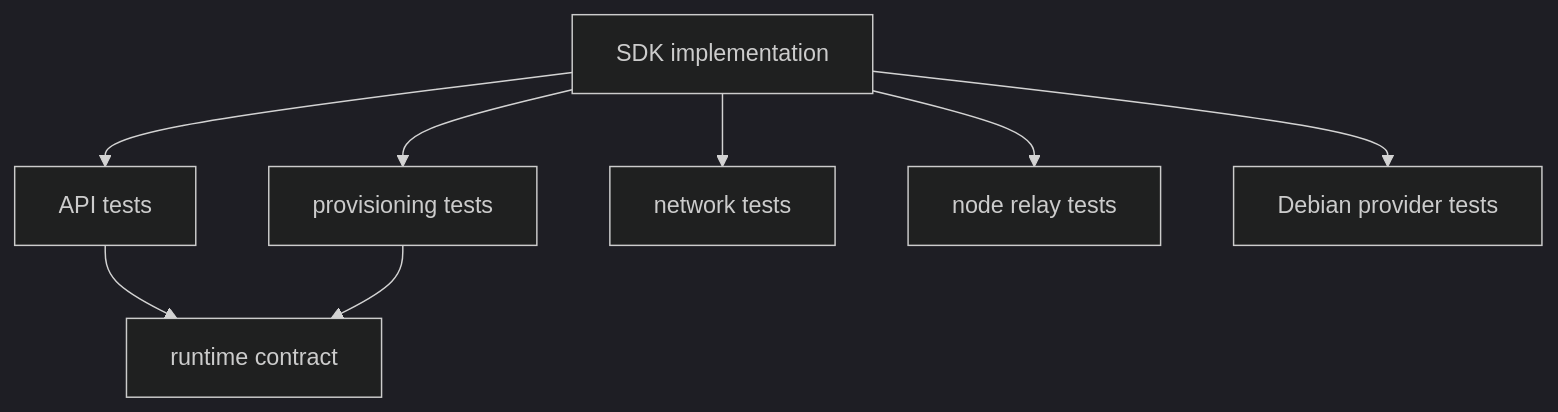
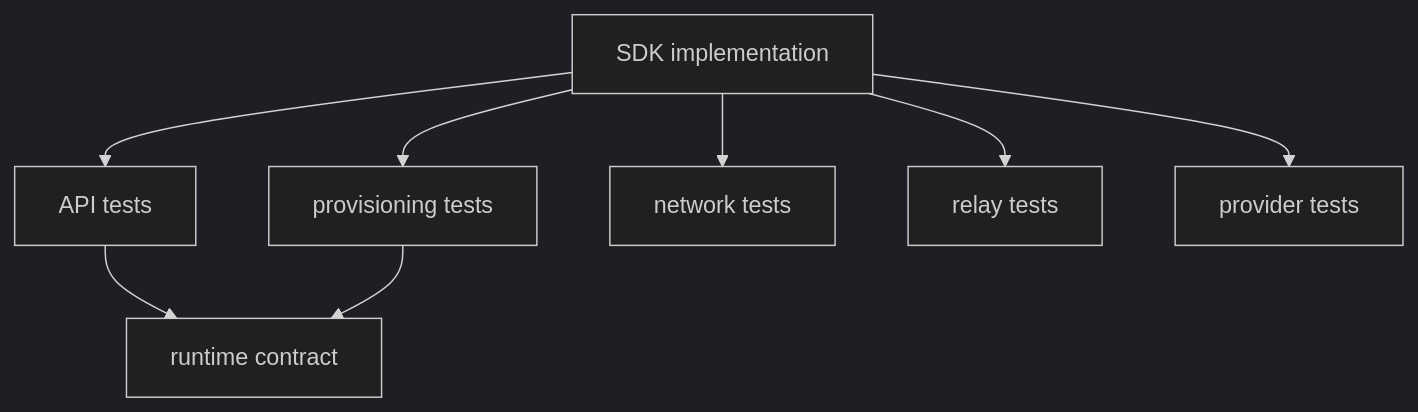
Before and after one commit to tidemarksh/docs: the third of 3 diagrams in docs/sdk.md, drawn with Mermaid (dark theme). The commit also changed other lines of this file and 5 other files, not shown here.

````diff
--- a/docs/sdk.md
+++ b/docs/sdk.md
@@ -126,18 +125,18 @@
 ```mermaid
 flowchart TB
   SDK["SDK implementation"]
   API["API tests"]
   Provisioning["provisioning tests"]
   Network["network tests"]
-  NodeRelay["node relay tests"]
-  Debian["Debian provider tests"]
+  Relay["relay tests"]
+  Providers["provider tests"]
   Runtime["runtime contract"]
 
   SDK --> API
   SDK --> Provisioning
   SDK --> Network
-  SDK --> NodeRelay
-  SDK --> Debian
+  SDK --> Relay
+  SDK --> Providers
   API --> Runtime
   Provisioning --> Runtime
 ```
````
